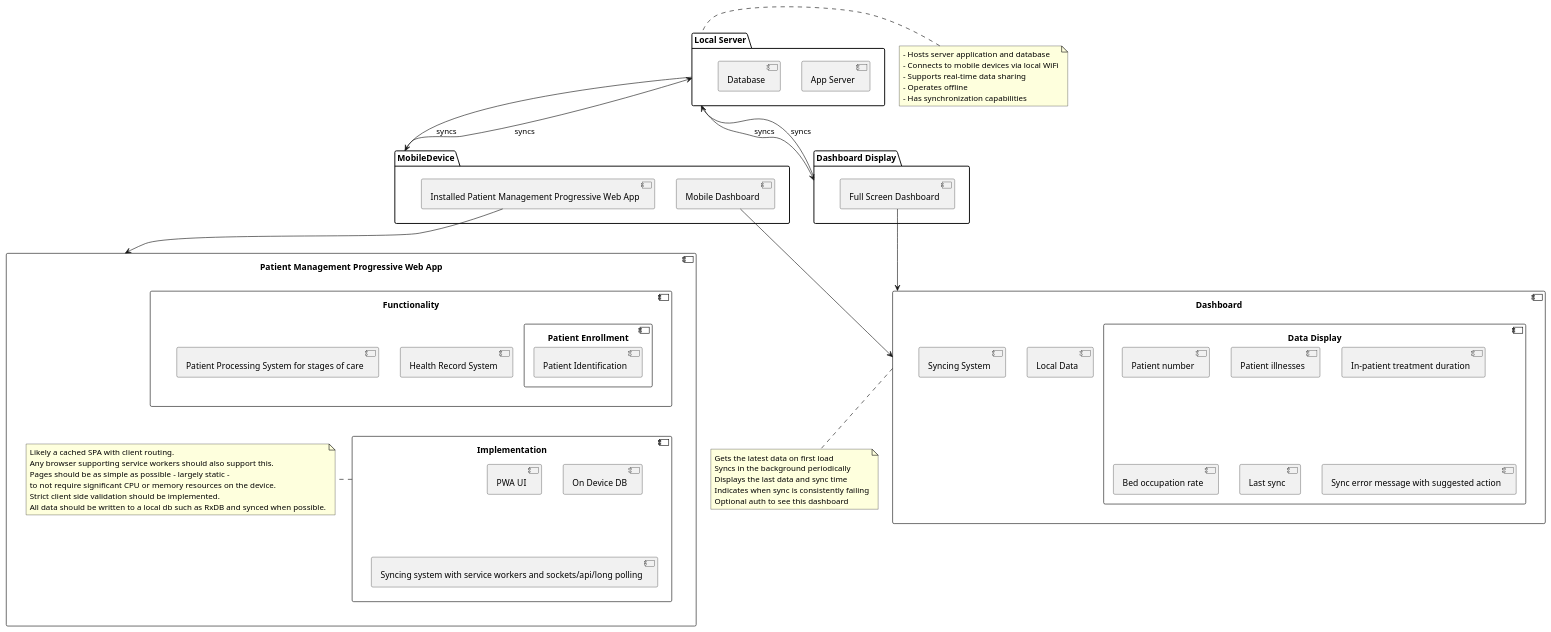
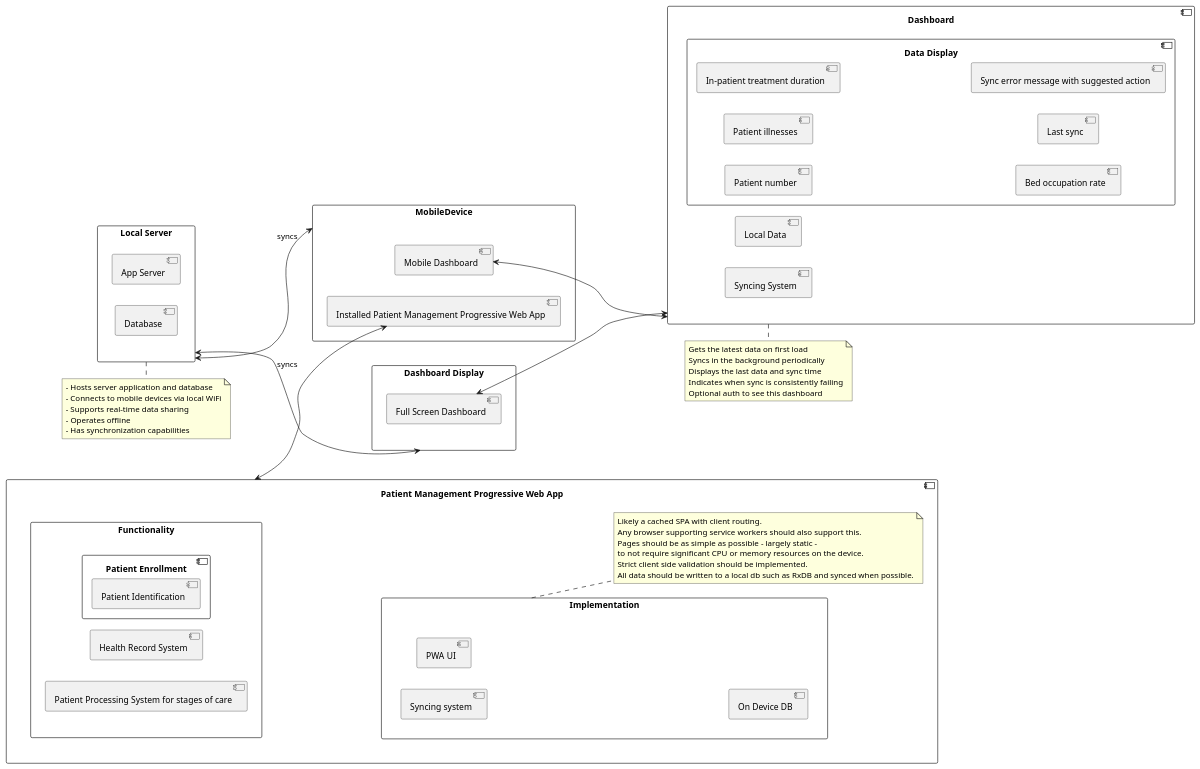
The diagram in puml/constraint-solutions.puml (jcbashdown/case-study), drawn with PlantUML before and after one commit. The commit also changed 1 other file, not shown here.

```diff
--- a/puml/constraint-solutions.puml
+++ b/puml/constraint-solutions.puml
@@ -1,82 +1,88 @@
 @startuml
+left to right direction
 skinparam componentStyle uml2
-package "Local Server" as LocalServer {
-  component "App Server"
-  component Database
+skinparam packagestyle rectangle 
+
+together {
+  component Dashboard {
+    component "Local Data"
+    component "Syncing System"
+    component "Data Display" {
+      component "Patient number"
+      component "Patient illnesses"
+      component "In-patient treatment duration"
+      component "Bed occupation rate"
+      component "Last sync"
+      component "Sync error message with suggested action"
+    }
+  }
+  note bottom of Dashboard 
+    Gets the latest data on first load
+    Syncs in the background periodically
+    Displays the last data and sync time
+    Indicates when sync is consistently failing
+    Optional auth to see this dashboard
+  end note
+}
+together {
+  package "Local Server" as LocalServer {
+    component "App Server"
+    component Database
+  }
+  package MobileDevice {
+    component "Mobile Dashboard" as MobileDashboard {
+    }
+    component "Installed Patient Management Progressive Web App" as InstalledPWA {
+    }
+  }
+  package "Dashboard Display" as DashboardDisplay {
+    component "Full Screen Dashboard" as FSDashboard {
+
+    }
+  }
+  note bottom of LocalServer
+    - Hosts server application and database
+    - Connects to mobile devices via local WiFi
+    - Supports real-time data sharing
+    - Operates offline
+    - Has synchronization capabilities
+  end note
+
 }
 
-package MobileDevice {
-  component "Mobile Dashboard" as MobileDashboard {
-  }
-  component "Installed Patient Management Progressive Web App" as InstalledPWA {
-  }
-}
-package "Dashboard Display" as DashboardDisplay {
-  component "Full Screen Dashboard" as FSDashboard {
-
-  }
-}
-
-component Dashboard {
-  component "Local Data"
-  component "Syncing System"
-  component "Data Display" {
-    component "Patient number"
-    component "Patient illnesses"
-    component "In-patient treatment duration"
-    component "Bed occupation rate"
-    component "Last sync"
-    component "Sync error message with suggested action"
-  }
-}
 component "Patient Management Progressive Web App" as PWA {
-  component Functionality {
+  package Functionality {
     component "Patient Enrollment" {
       component "Patient Identification"
     }
     component "Health Record System"
     component "Patient Processing System for stages of care"
   }
-  component Implementation {
-    component "PWA UI" as UI
-    component "On Device DB"
-    component "Syncing system with service workers and sockets/api/long polling"
+  package Implementation {
+    together {
+      component "Syncing system"
+      component "PWA UI" as UI
+      component "On Device DB"
+    }
   }
-    note right of Implementation 
-              Likely a cached SPA with client routing.
-              Any browser supporting service workers should also support this.
-              Pages should be as simple as possible - largely static - 
-              to not require significant CPU or memory resources on the device.
-              Strict client side validation should be implemented.
-              All data should be written to a local db such as RxDB and synced when possible.
-    end note
+  note right of Implementation 
+            Likely a cached SPA with client routing.
+            Any browser supporting service workers should also support this.
+            Pages should be as simple as possible - largely static - 
+            to not require significant CPU or memory resources on the device.
+            Strict client side validation should be implemented.
+            All data should be written to a local db such as RxDB and synced when possible.
+  end note
 }
 
-LocalServer -down-> MobileDevice : syncs 
-LocalServer -down-> DashboardDisplay : syncs
-MobileDevice -up-> LocalServer : syncs
-DashboardDisplay -up-> LocalServer : syncs
+LocalServer <--> MobileDevice : syncs 
+LocalServer <--> DashboardDisplay : syncs
 
 Implementation -[hidden]up-> Functionality
 
-MobileDashboard --> Dashboard
-FSDashboard --> Dashboard
-InstalledPWA --> PWA
+FSDashboard <-down-> Dashboard
+MobileDashboard <-down-> Dashboard
+InstalledPWA <-up-> PWA
 
-note left of LocalServer
-  - Hosts server application and database
-  - Connects to mobile devices via local WiFi
-  - Supports real-time data sharing
-  - Operates offline
-  - Has synchronization capabilities
-end note
-
-note bottom of Dashboard 
-  Gets the latest data on first load
-  Syncs in the background periodically
-  Displays the last data and sync time
-  Indicates when sync is consistently failing
-  Optional auth to see this dashboard
-end note
 
 @enduml
```
